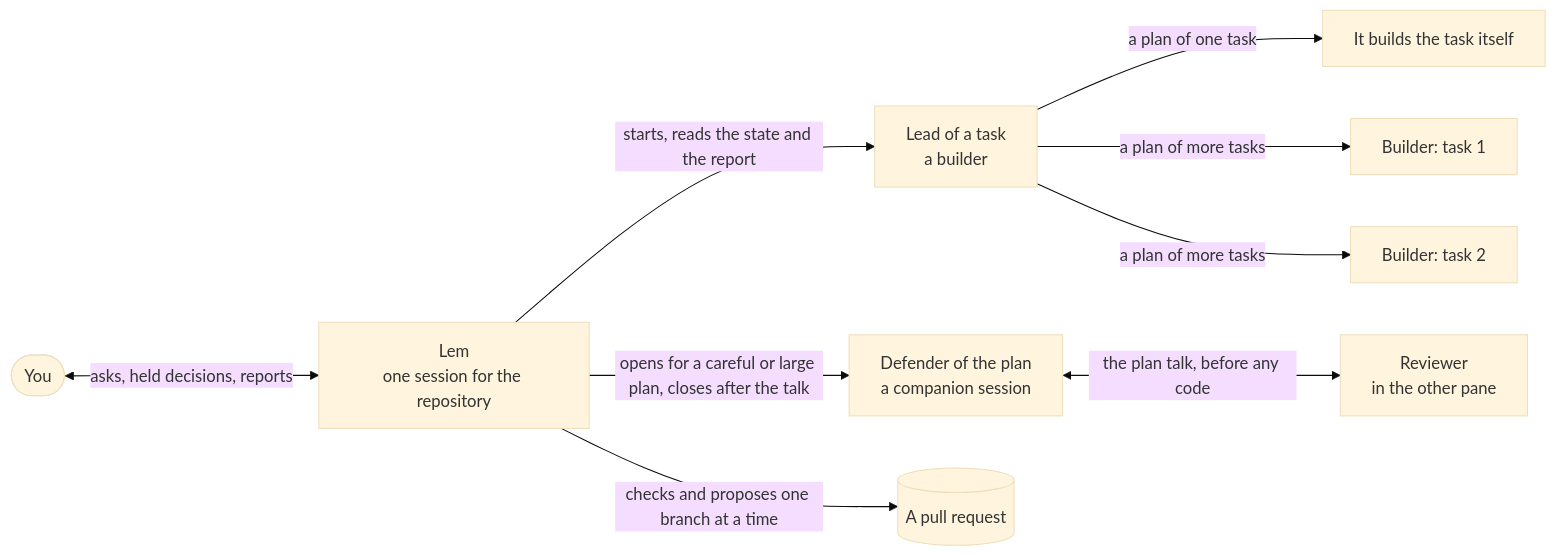
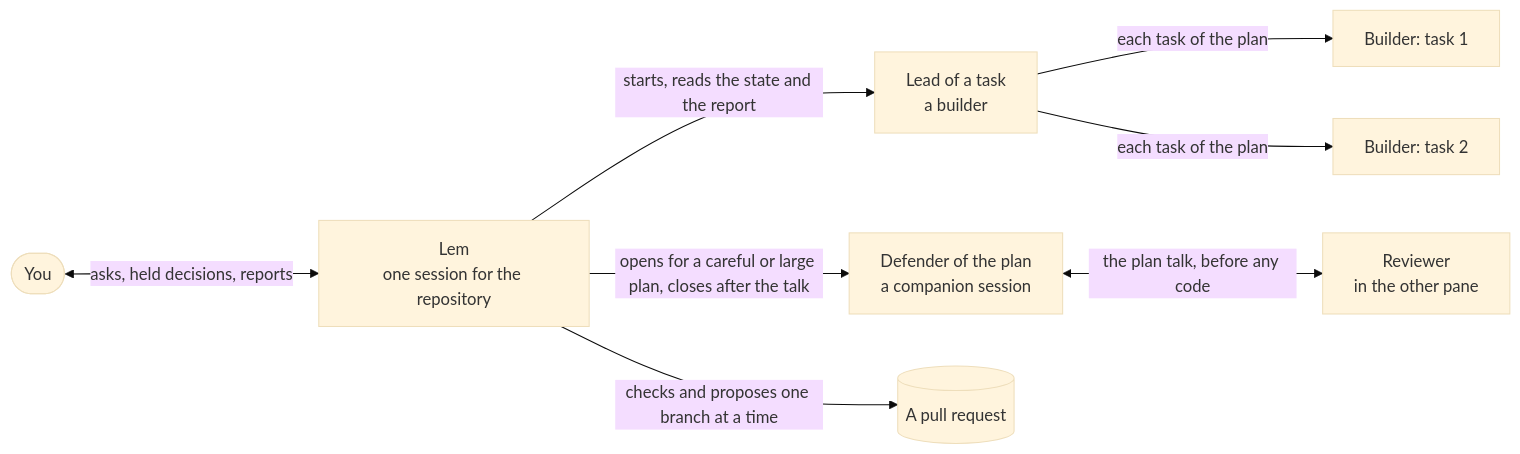
Before and after one commit to pySilver/lem: the third of 4 diagrams in README.md, drawn with Mermaid (base theme). The commit also changed other lines of this file and 23 other files, not shown here.

````diff
--- a/README.md
+++ b/README.md
@@ -398,11 +405,10 @@
 ```mermaid
 flowchart LR
     you([You]) <-- asks, held decisions, reports --> lem[Lem<br/>one session for the repository]
     lem -- starts, reads the state and the report --> leadA[Lead of a task<br/>a builder]
     lem -- opens for a careful or large plan, closes after the talk --> leadB[Defender of the plan<br/>a companion session]
     leadB <-- the plan talk, before any code --> rev[Reviewer<br/>in the other pane]
-    leadA -- a plan of one task --> self[It builds the task itself]
-    leadA -- a plan of more tasks --> b1[Builder: task 1]
-    leadA -- a plan of more tasks --> b2[Builder: task 2]
+    leadA -- each task of the plan --> b1[Builder: task 1]
+    leadA -- each task of the plan --> b2[Builder: task 2]
     lem -- checks and proposes one branch at a time --> pr[(A pull request)]
 ```
````
